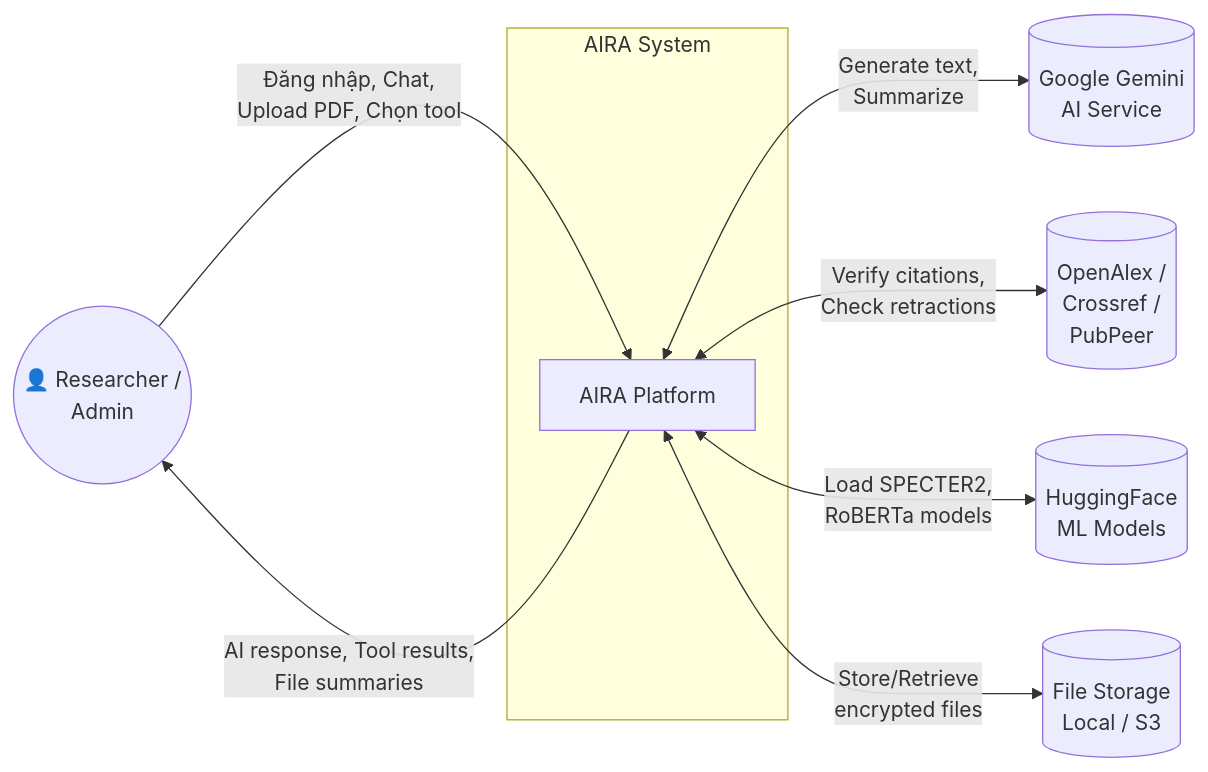
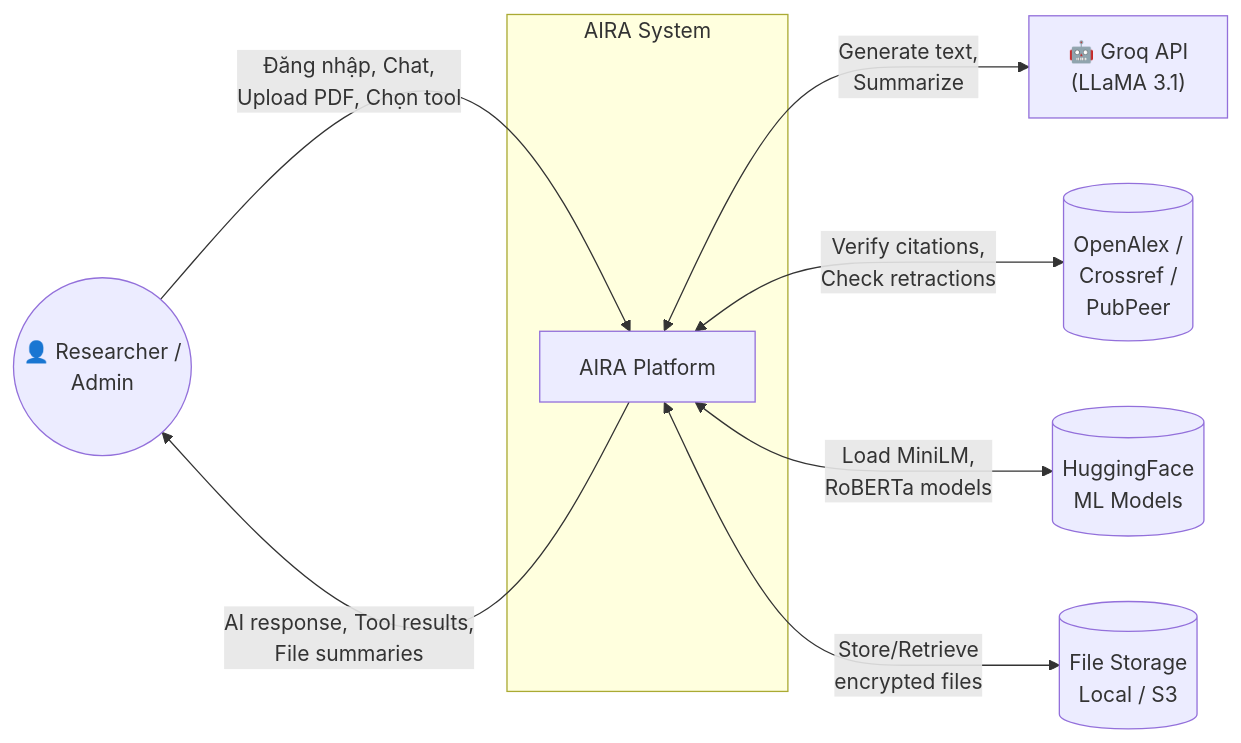
The third of 29 diagrams in architecture.md (Nhan-Laptop/NT208.Q21.ANTN), drawn with Mermaid before and after one commit. The commit also changed other lines of this file and 16 other files, not shown here.

First line of the commit message:
docs: update architecture, README, CLAUDE.md — Groq + ChromaDB migration (Session 17)

````diff
--- a/architecture.md
+++ b/architecture.md
@@ -253,21 +263,21 @@
 ```mermaid
 graph LR
     User(("👤 Researcher /<br/>Admin"))
 
     subgraph AIRA["AIRA System"]
         System["AIRA Platform"]
     end
 
-    Gemini[("Google Gemini<br/>AI Service")]
+    GroqLLM["🤖 Groq API<br/>(LLaMA 3.1)"]
     AcademicDB[("OpenAlex /<br/>Crossref /<br/>PubPeer")]
     HF[("HuggingFace<br/>ML Models")]
     Storage[("File Storage<br/>Local / S3")]
 
     User -->|"Đăng nhập, Chat,<br/>Upload PDF, Chọn tool"| System
     System -->|"AI response, Tool results,<br/>File summaries"| User
 
-    System <-->|"Generate text,<br/>Summarize"| Gemini
+    System <-->|"Generate text,<br/>Summarize"| GroqLLM
     System <-->|"Verify citations,<br/>Check retractions"| AcademicDB
-    System <-->|"Load SPECTER2,<br/>RoBERTa models"| HF
+    System <-->|"Load MiniLM,<br/>RoBERTa models"| HF
     System <-->|"Store/Retrieve<br/>encrypted files"| Storage
 ```
````
